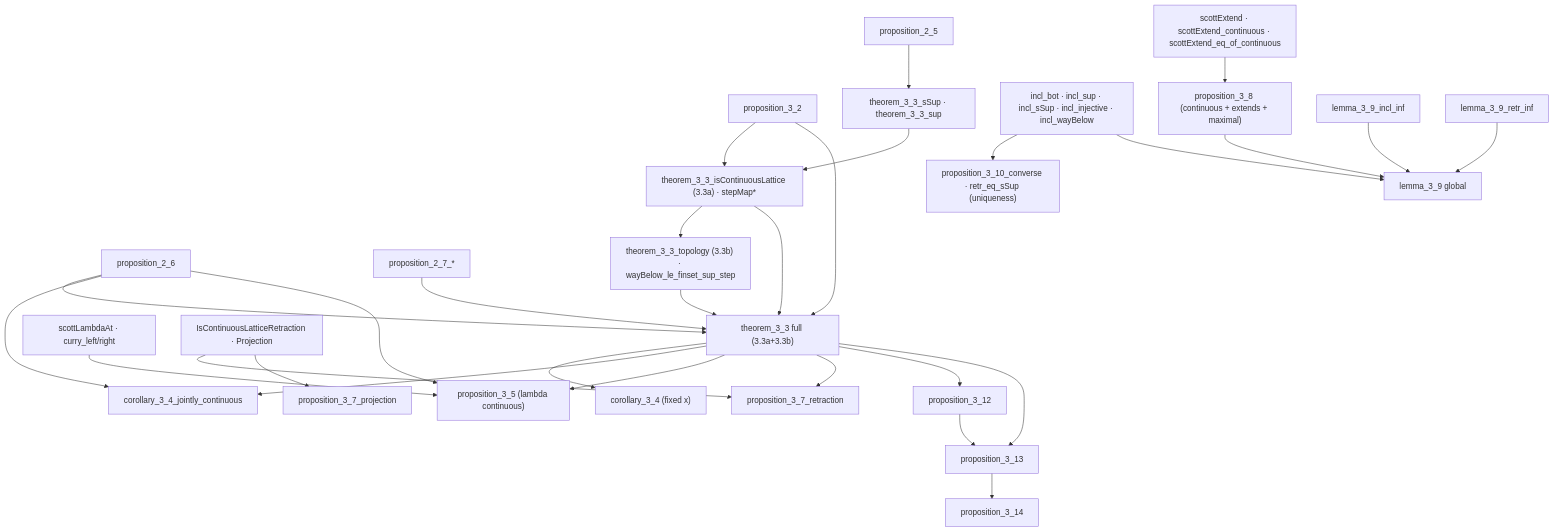
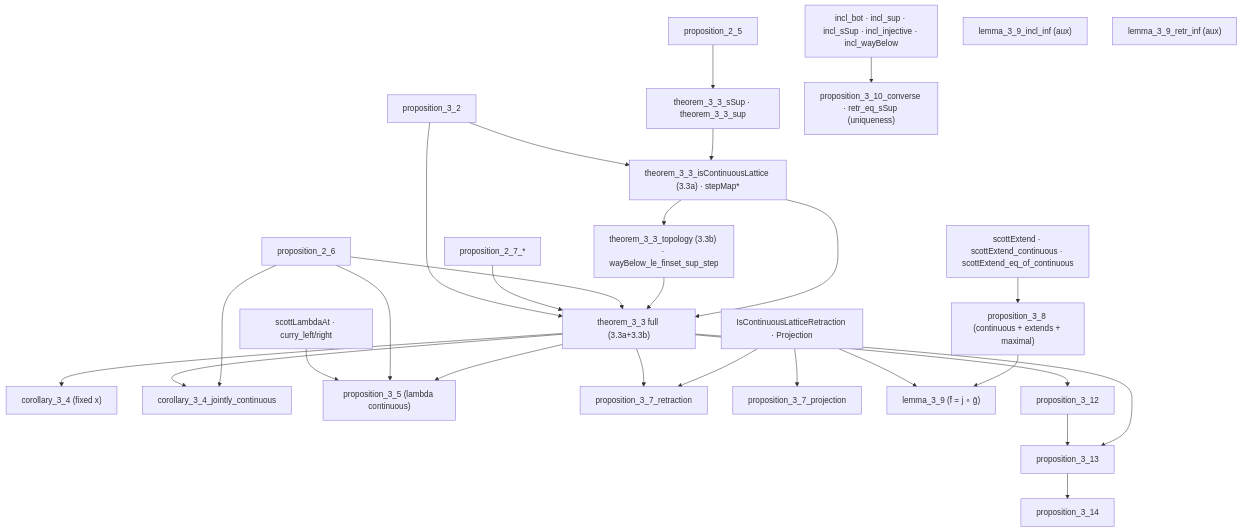
One commit to catskillsresearch/domain_theory changed the fifth of 8 diagrams in arxiv.md. Above: the diagram before and after it, drawn with Mermaid. The commit also changed other lines of this file and 2 other files, not shown here.

First line of the commit message:
feat(Theorem212): prove Lemma 3.9 — maximal extensions commute with a range projection

````diff
--- a/arxiv.md
+++ b/arxiv.md
@@ -324,57 +324,55 @@
 ```mermaid
 flowchart TD
   P25["proposition_2_5"]
   P26["proposition_2_6"]
   P27["proposition_2_7_*"]
   P32["proposition_3_2"]
   T33c["theorem_3_3_sSup · theorem_3_3_sup"]
   T33a["theorem_3_3_isContinuousLattice (3.3a) · stepMap*"]
   T33b["theorem_3_3_topology (3.3b) · wayBelow_le_finset_sup_step"]
   T33["theorem_3_3 full (3.3a+3.3b)"]
   C34x["corollary_3_4 (fixed x)"]
   C34j["corollary_3_4_jointly_continuous"]
   P35r["scottLambdaAt · curry_left/right"]
   P35["proposition_3_5 (lambda continuous)"]
   P37r["proposition_3_7_retraction"]
   P37p["proposition_3_7_projection"]
   D36["IsContinuousLatticeRetraction · Projection"]
   P310f["incl_bot · incl_sup · incl_sSup · incl_injective · incl_wayBelow"]
   P310c["proposition_3_10_converse · retr_eq_sSup (uniqueness)"]
   P38p["scottExtend · scottExtend_continuous · scottExtend_eq_of_continuous"]
   P38["proposition_3_8 (continuous + extends + maximal)"]
-  L39i["lemma_3_9_incl_inf"]
-  L39r["lemma_3_9_retr_inf"]
-  L39["lemma_3_9 global"]
+  L39i["lemma_3_9_incl_inf (aux)"]
+  L39r["lemma_3_9_retr_inf (aux)"]
+  L39["lemma_3_9 (f̄ = j ∘ ḡ)"]
   P312["proposition_3_12"]
   P313["proposition_3_13"]
   P314["proposition_3_14"]
 
   P25 --> T33c
   T33c --> T33a
   P32 --> T33a
   T33a --> T33b
   T33a --> T33
   T33b --> T33
   P26 --> T33
   P27 --> T33
   T33 --> C34x
   P26 --> C34j
   T33 --> C34j
   T33 --> P35
   P26 --> P35
   P35r --> P35
   D36 --> P37r
   D36 --> P37p
   T33 --> P37r
   T33 --> P312
   P310f --> P310c
-  P310f --> L39
   P38p --> P38
   P38 --> L39
-  L39i --> L39
-  L39r --> L39
+  D36 --> L39
   T33 --> P313
   P313 --> P314
   P312 --> P313
   P32 --> T33
 ```
````
